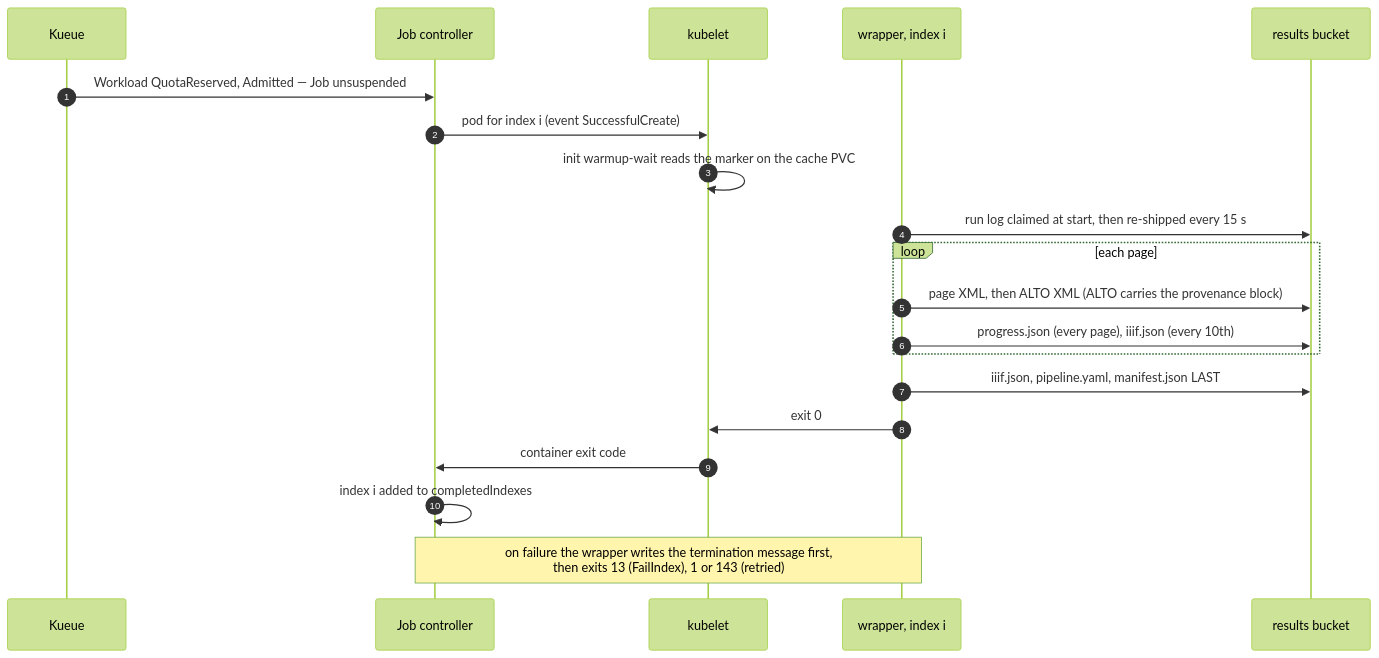
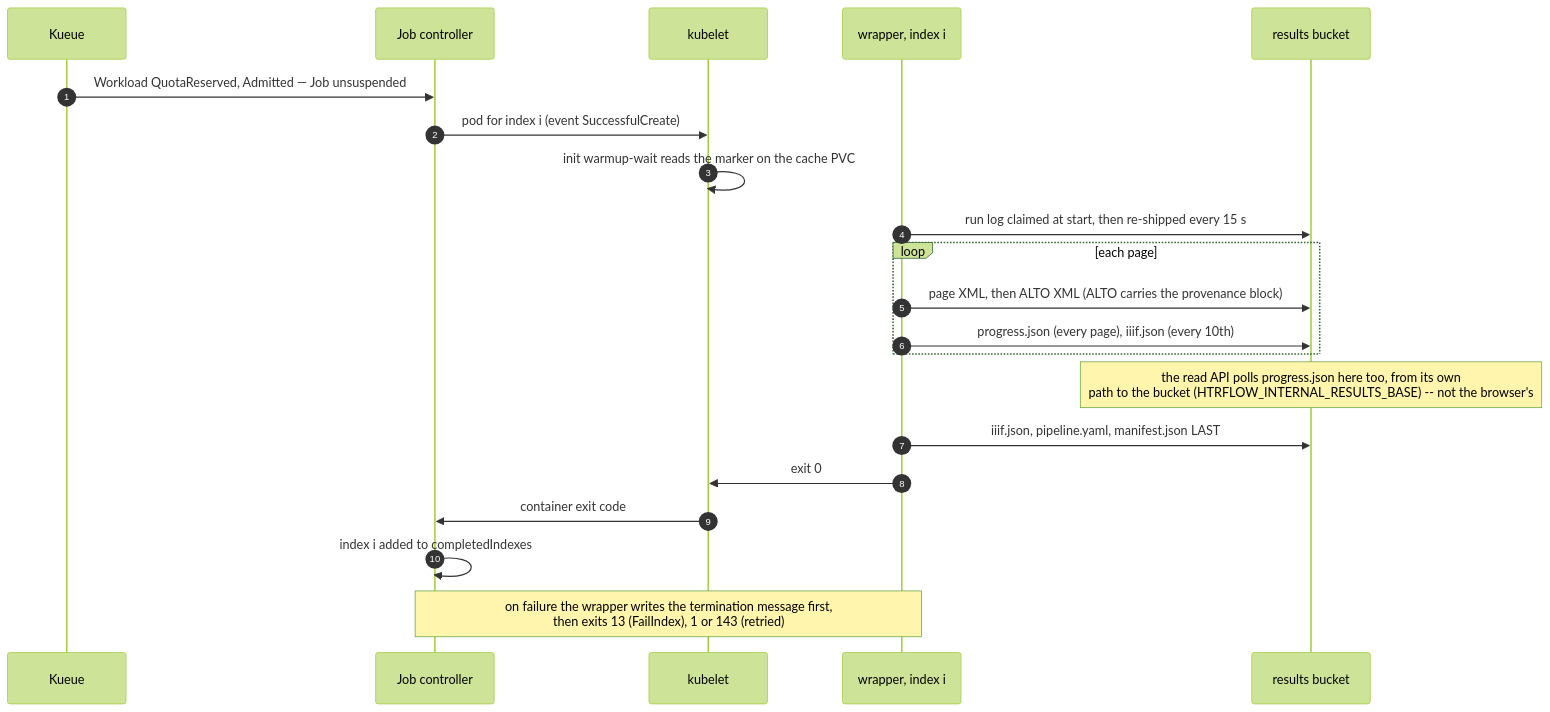
The diagram in docs/how-it-works/signals.md (AI-Riksarkivet/htrflow-batch), drawn with Mermaid (forest theme) before and after one commit. The commit also changed other lines of this file and 15 other files, not shown here.

````diff
--- a/docs/how-it-works/signals.md
+++ b/docs/how-it-works/signals.md
@@ -13,23 +23,24 @@
 ```mermaid
 sequenceDiagram
     autonumber
     participant Q as Kueue
     participant J as Job controller
     participant K as kubelet
     participant W as wrapper, index i
     participant S3 as results bucket
 
     Q->>J: Workload QuotaReserved, Admitted — Job unsuspended
     J->>K: pod for index i (event SuccessfulCreate)
     K->>K: init warmup-wait reads the marker on the cache PVC
     W->>S3: run log claimed at start, then re-shipped every 15 s
     loop each page
         W->>S3: page XML, then ALTO XML (ALTO carries the provenance block)
         W->>S3: progress.json (every page), iiif.json (every 10th)
     end
+    Note over S3: the read API polls progress.json here too, from its own<br/>path to the bucket (HTRFLOW_INTERNAL_RESULTS_BASE) -- not the browser's
     W->>S3: iiif.json, pipeline.yaml, manifest.json LAST
     W->>K: exit 0
     K->>J: container exit code
     J->>J: index i added to completedIndexes
     Note over W,J: on failure the wrapper writes the termination message first,<br/>then exits 13 (FailIndex), 1 or 143 (retried)
 ```
````
